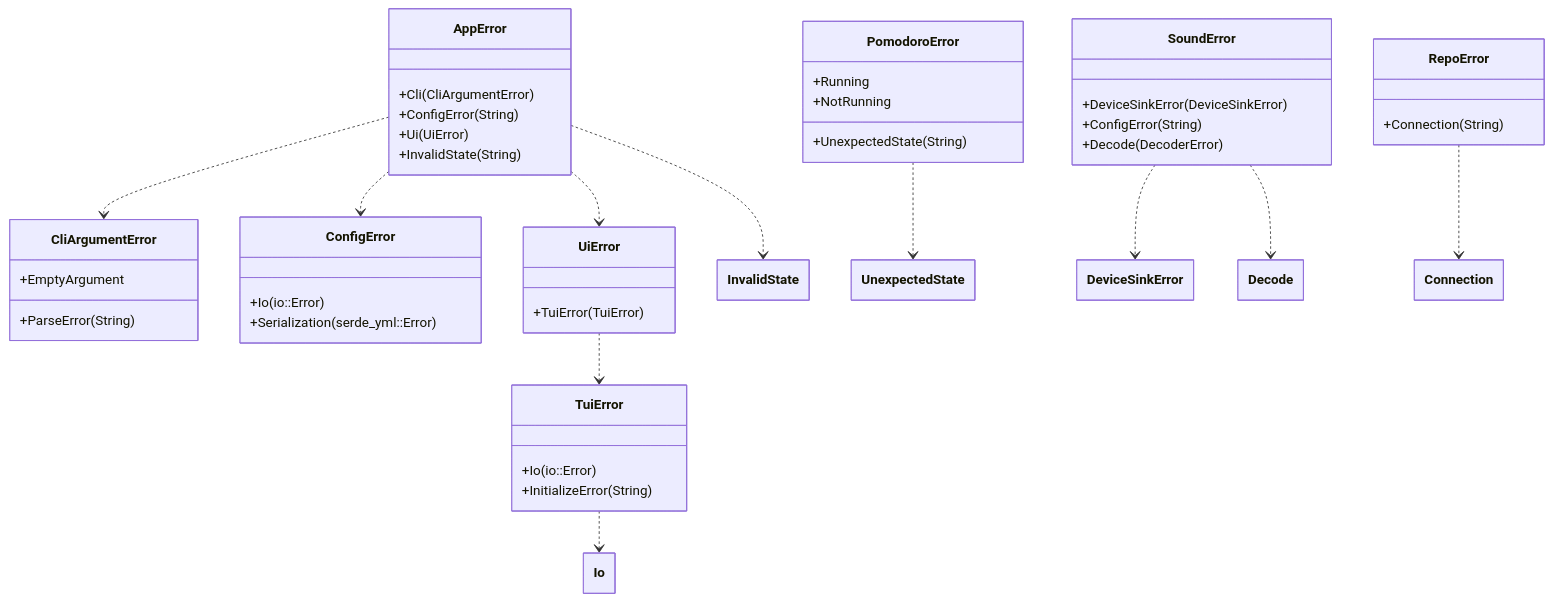
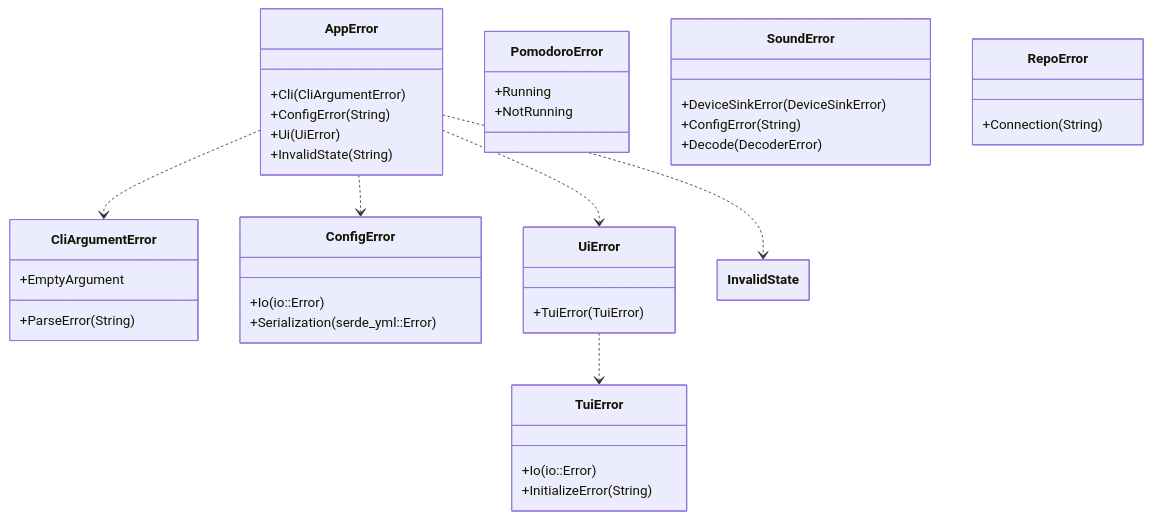
The diagram in docs/diagrams/errors.mmd (FAZuH/forgor), drawn with Mermaid before and after one commit. The commit also changed 27 other files, not shown here.

```diff
--- a/docs/diagrams/errors.mmd
+++ b/docs/diagrams/errors.mmd
@@ -1,65 +1,55 @@
 ---
 config:
   class:
     hideEmptyMembersBox: true
 ---
 classDiagram
     direction TD
 
     class AppError {
         +Cli(CliArgumentError)
         +ConfigError(String)
         +Ui(UiError)
         +InvalidState(String)
     }
 
     class CliArgumentError {
         +EmptyArgument
         +ParseError(String)
     }
 
     class ConfigError {
         +Io(io::Error)
         +Serialization(serde_yml::Error)
     }
 
     class UiError {
         +TuiError(TuiError)
     }
 
     class TuiError {
         +Io(io::Error)
         +InitializeError(String)
     }
 
     class PomodoroError {
         +Running
         +NotRunning
-        +UnexpectedState(String)
     }
 
     class SoundError {
         +DeviceSinkError(DeviceSinkError)
         +ConfigError(String)
         +Decode(DecoderError)
     }
 
     class RepoError {
         +Connection(String)
     }
 
     AppError ..> CliArgumentError
     AppError ..> ConfigError
     AppError ..> UiError
     AppError ..> InvalidState
 
     UiError ..> TuiError
-
-    TuiError ..> Io
-
-    PomodoroError ..> UnexpectedState
-
-    SoundError ..> DeviceSinkError
-    SoundError ..> Decode
-
-    RepoError ..> Connection
```
